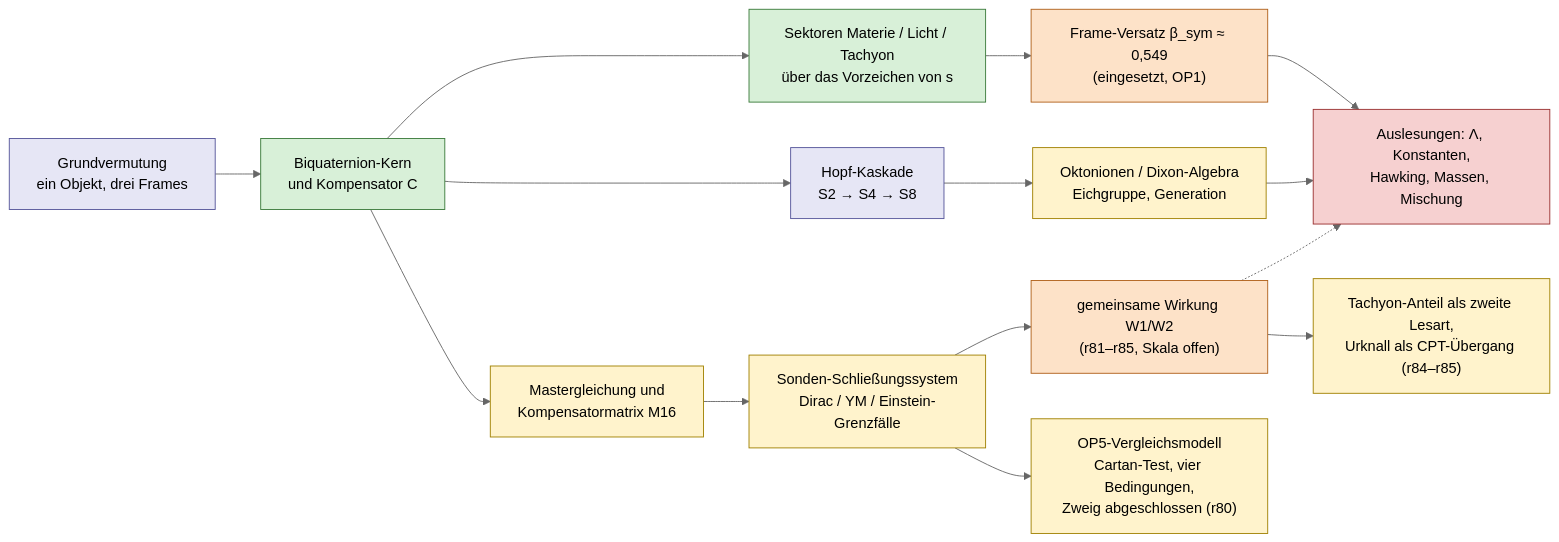
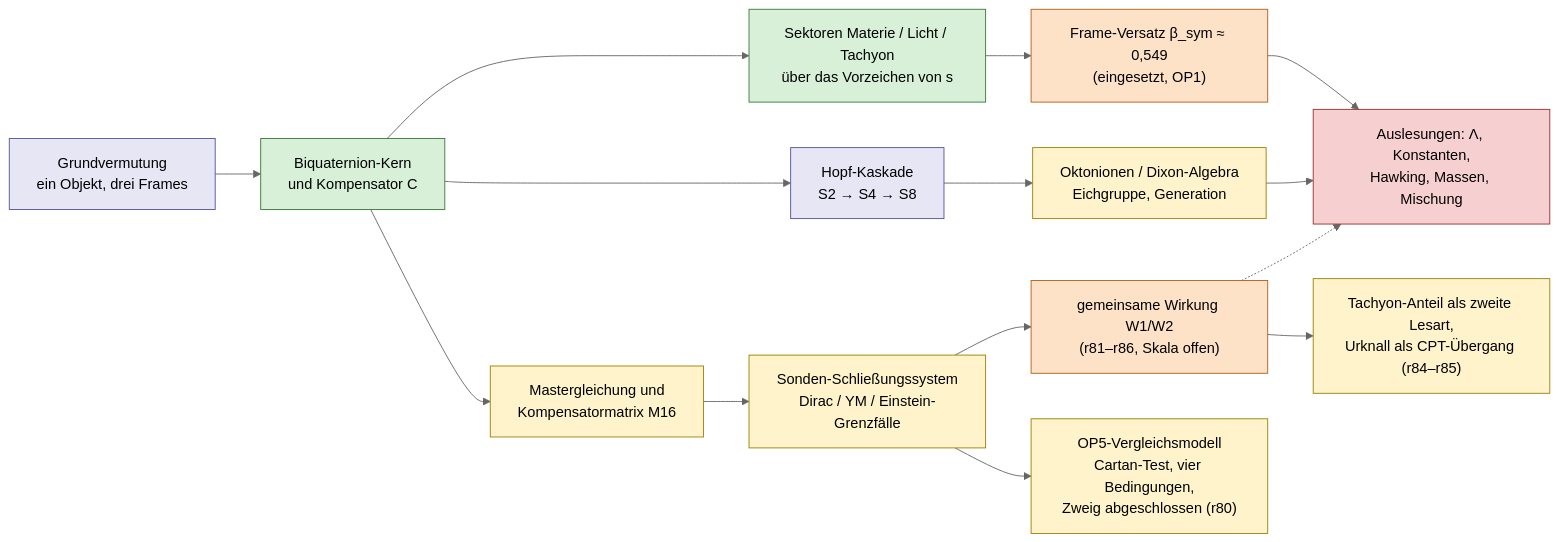
One commit to Moriarty1982/QuantumSphere-Unfold changed the second of 2 diagrams in wiki/Gesamtbild.md. Above: the diagram before and after it, drawn with Mermaid (neutral theme). The commit also changed other lines of this file and 1 other file, not shown here.

Commit message:
Release v4.10.0 vorbereiten: Metadaten (Version-DOI noch offen), Gesamtbild auf Stand nach r86

````diff
--- a/wiki/Gesamtbild.md
+++ b/wiki/Gesamtbild.md
@@ -64,21 +64,21 @@
 ```mermaid
 flowchart LR
   V["Grundvermutung<br/>ein Objekt, drei Frames"]:::verm --> K["Biquaternion-Kern<br/>und Kompensator C"]:::ok
   K --> S["Sektoren Materie / Licht / Tachyon<br/>über das Vorzeichen von s"]:::ok
   K --> H["Hopf-Kaskade<br/>S2 → S4 → S8"]:::verm
   H --> O["Oktonionen / Dixon-Algebra<br/>Eichgruppe, Generation"]:::bed
   S --> B["Frame-Versatz β_sym ≈ 0,549<br/>(eingesetzt, OP1)"]:::offen
   B --> P["Auslesungen: Λ, Konstanten,<br/>Hawking, Massen, Mischung"]:::wid
   O --> P
   K --> M["Mastergleichung und<br/>Kompensatormatrix M16"]:::bed
   M --> F["Sonden-Schließungssystem<br/>Dirac / YM / Einstein-Grenzfälle"]:::bed
-  F --> D["gemeinsame Wirkung W1/W2<br/>(r81–r85, Skala offen)"]:::offen
+  F --> D["gemeinsame Wirkung W1/W2<br/>(r81–r86, Skala offen)"]:::offen
   D --> W["Tachyon-Anteil als zweite Lesart,<br/>Urknall als CPT-Übergang (r84–r85)"]:::bed
   D -.-> P
   F --> OP5["OP5-Vergleichsmodell<br/>Cartan-Test, vier Bedingungen,<br/>Zweig abgeschlossen (r80)"]:::bed
   classDef ok fill:#d8f0d8,stroke:#3a7a3a,color:#000
   classDef verm fill:#e6e6f5,stroke:#55559a,color:#000
   classDef bed fill:#fff3cc,stroke:#a08000,color:#000
   classDef offen fill:#fde2c8,stroke:#b0601a,color:#000
   classDef wid fill:#f6d0d0,stroke:#9a3030,color:#000
 ```
````
